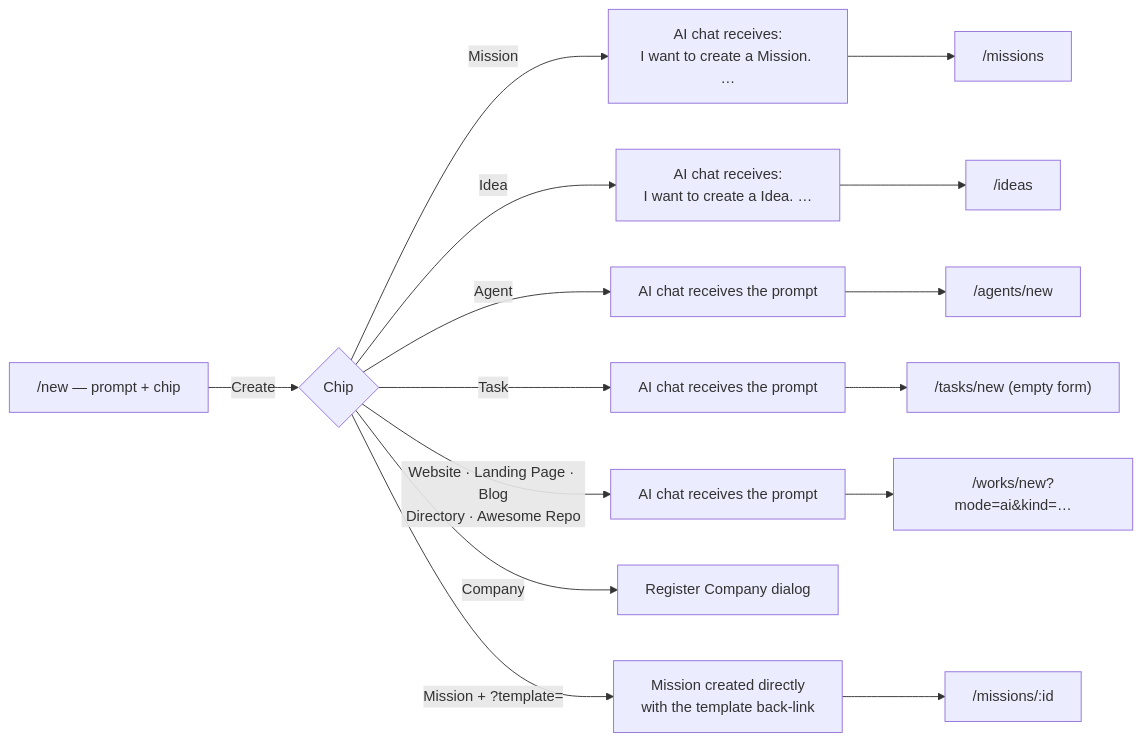
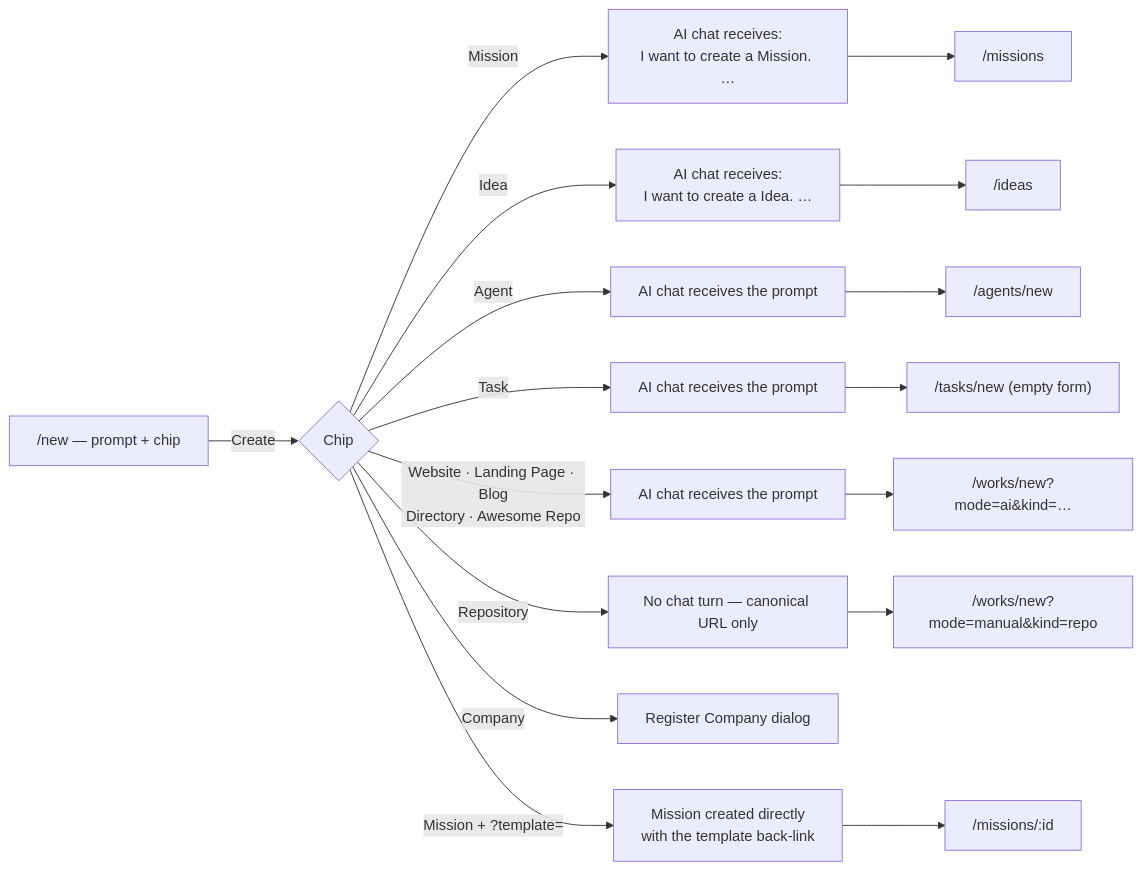
Before and after one commit to ever-works/ever-works: the diagram in docs/features/new-page.md, drawn with Mermaid. The commit also changed other lines of this file and 15 other files, not shown here.

````diff
--- a/docs/features/new-page.md
+++ b/docs/features/new-page.md
@@ -51,11 +52,12 @@
 ```mermaid
 flowchart LR
     P["/new — prompt + chip"] -->|Create| C{Chip}
     C -->|Mission| M1["AI chat receives:<br/>I want to create a Mission. …"] --> M2["/missions"]
     C -->|Idea| I1["AI chat receives:<br/>I want to create a Idea. …"] --> I2["/ideas"]
     C -->|Agent| A1["AI chat receives the prompt"] --> A2["/agents/new"]
     C -->|Task| T1["AI chat receives the prompt"] --> T2["/tasks/new (empty form)"]
     C -->|Website · Landing Page · Blog<br/>Directory · Awesome Repo| W1["AI chat receives the prompt"] --> W2["/works/new?mode=ai&kind=…"]
+    C -->|Repository| RP["No chat turn — canonical URL only"] --> RP2["/works/new?mode=manual&kind=repo"]
     C -->|Company| R["Register Company dialog"]
     C -->|Mission + ?template=| X["Mission created directly<br/>with the template back-link"] --> X2["/missions/:id"]
 ```
````
